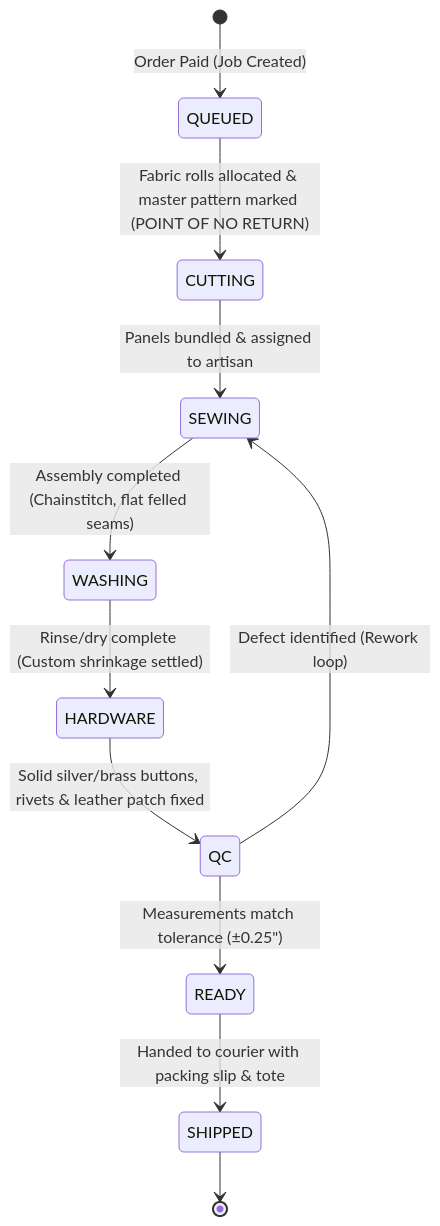
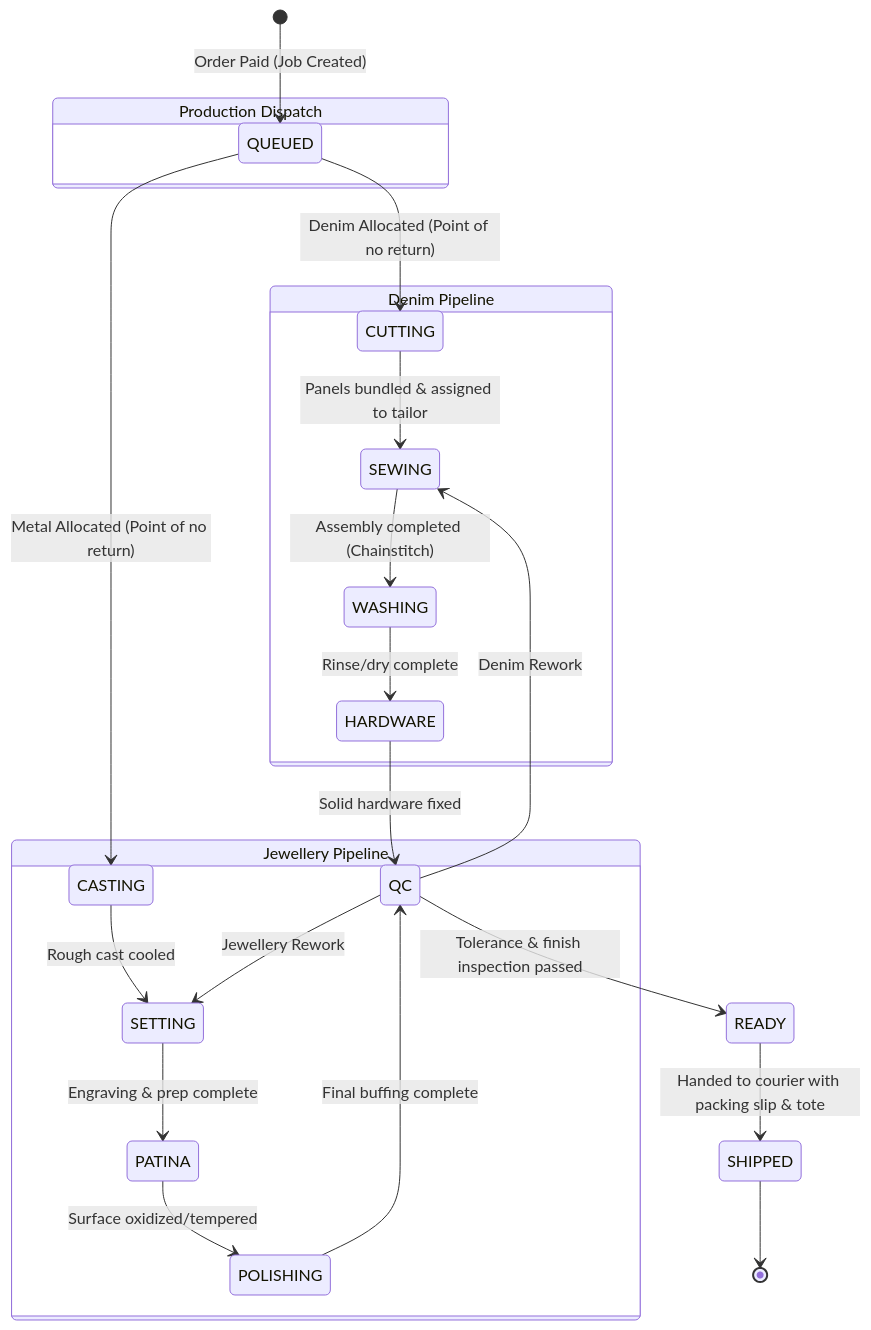
The diagram in docs/assets/diagrams/src/om-production-pipeline.mmd (Sarthak2233/Jeanius), drawn with Mermaid before and after one commit. The commit also changed 27 other files, not shown here.

First line of the commit message:
feat(core): integrate jewellery vertical into domain, database, and pipeline

```diff
--- a/docs/assets/diagrams/src/om-production-pipeline.mmd
+++ b/docs/assets/diagrams/src/om-production-pipeline.mmd
@@ -1,31 +1,56 @@
 stateDiagram-v2
     [*] --> QUEUED: Order Paid (Job Created)
-    QUEUED --> CUTTING: Fabric rolls allocated & master pattern marked (POINT OF NO RETURN)
-    CUTTING --> SEWING: Panels bundled & assigned to artisan
-    SEWING --> WASHING: Assembly completed (Chainstitch, flat felled seams)
-    WASHING --> HARDWARE: Rinse/dry complete (Custom shrinkage settled)
-    HARDWARE --> QC: Solid silver/brass buttons, rivets & leather patch fixed
     
-    QC --> READY: Measurements match tolerance (±0.25")
-    QC --> SEWING: Defect identified (Rework loop)
+    state "Production Dispatch" as dispatch {
+        QUEUED
+    }
+    
+    QUEUED --> CUTTING: Denim Allocated (Point of no return)
+    QUEUED --> CASTING: Metal Allocated (Point of no return)
+    
+    state "Denim Pipeline" as denim {
+        CUTTING --> SEWING: Panels bundled & assigned to tailor
+        SEWING --> WASHING: Assembly completed (Chainstitch)
+        WASHING --> HARDWARE: Rinse/dry complete
+        HARDWARE --> QC: Solid hardware fixed
+    }
+    
+    state "Jewellery Pipeline" as jewl {
+        CASTING --> SETTING: Rough cast cooled
+        SETTING --> PATINA: Engraving & prep complete
+        PATINA --> POLISHING: Surface oxidized/tempered
+        POLISHING --> QC: Final buffing complete
+    }
+    
+    QC --> READY: Tolerance & finish inspection passed
+    QC --> SEWING: Denim Rework
+    QC --> SETTING: Jewellery Rework
     
     READY --> SHIPPED: Handed to courier with packing slip & tote
     SHIPPED --> [*]
 
     classDef queued fill:#0f172a,stroke:#64748b,stroke-width:1.5px,color:#f8fafc;
     classDef cutting fill:#451a03,stroke:#f59e0b,stroke-width:2px,color:#fef3c7;
     classDef sewing fill:#1e1b4b,stroke:#6366f1,stroke-width:2px,color:#e0e7ff;
     classDef washing fill:#083344,stroke:#06b6d4,stroke-width:2px,color:#cffafe;
     classDef hardware fill:#2e1065,stroke:#8b5cf6,stroke-width:2px,color:#ede9fe;
+    classDef casting fill:#4c0519,stroke:#f43f5e,stroke-width:2px,color:#ffe4e6;
+    classDef setting fill:#1e1b4b,stroke:#6366f1,stroke-width:2px,color:#e0e7ff;
+    classDef patina fill:#451a03,stroke:#f59e0b,stroke-width:2px,color:#fef3c7;
+    classDef polishing fill:#083344,stroke:#06b6d4,stroke-width:2px,color:#cffafe;
     classDef qc fill:#064e3b,stroke:#10b981,stroke-width:2px,color:#d1fae5;
     classDef ready fill:#065f46,stroke:#34d399,stroke-width:2px,color:#ecfdf5;
     classDef shipped fill:#1e293b,stroke:#38bdf8,stroke-width:2px,color:#f0f9ff;
 
     class QUEUED queued;
     class CUTTING cutting;
     class SEWING sewing;
     class WASHING washing;
     class HARDWARE hardware;
+    class CASTING casting;
+    class SETTING setting;
+    class PATINA patina;
+    class POLISHING polishing;
     class QC qc;
     class READY ready;
     class SHIPPED shipped;
```
